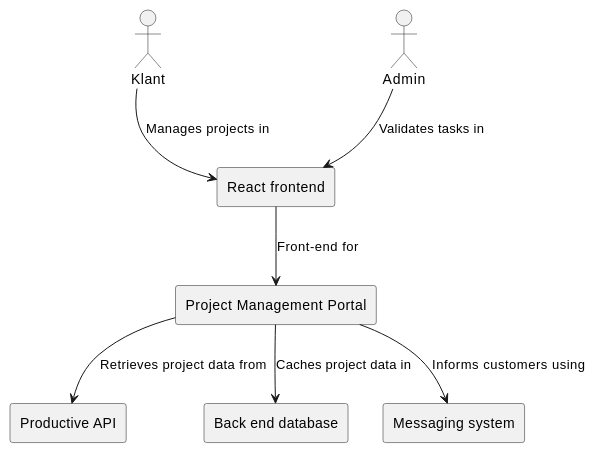
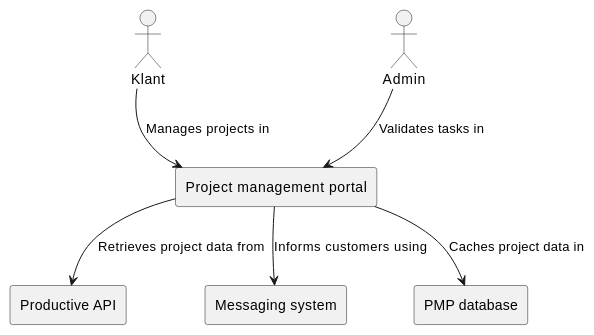
The first of 2 diagrams in Documentatie/Software Architecture Document.md (DCReceveur/pre-afstudeer-docs), drawn with PlantUML before and after one commit. The commit also changed other lines of this file and 1 other file, not shown here.

````diff
--- a/Documentatie/Software Architecture Document.md
+++ b/Documentatie/Software Architecture Document.md
@@ -7,21 +7,17 @@
 ```plantuml
 
 actor Klant
 actor Admin
 
-rectangle "Project Management Portal" as PMP
 rectangle "Productive API" as productive
-rectangle "Back end database" as BE_DB
 rectangle "Messaging system" as message
-rectangle "React frontend" as FE
-
-Klant --> FE : "Manages projects in                           "
-Admin --> FE : "Validates tasks in           "
-
-FE --> PMP : "Front-end for           "
+rectangle "Project management portal" as PMP
+rectangle "PMP database" as BE_DB
+Klant --> PMP : "Manages projects in                           "
+Admin --> PMP : "Validates tasks in           "
 
 PMP --> productive : "Retrieves project data from"
 PMP --> BE_DB : "Caches project data in"
 PMP --> message : "Informs customers using"
 
 ```
````
